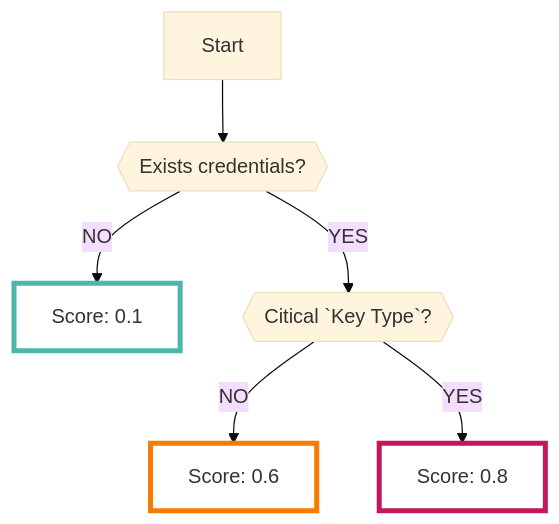
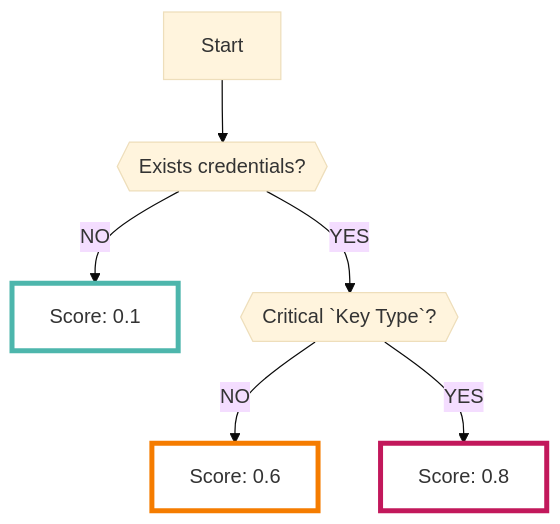
Before and after one commit to ca-risken/doc: the diagram in docs/code/gitleaks_concept.md, drawn with Mermaid (base theme). The commit also changed 1 other file, not shown here.

Commit message:
誤字と思われる内容を修正

````diff
--- a/docs/code/gitleaks_concept.md
+++ b/docs/code/gitleaks_concept.md
@@ -38,12 +38,12 @@
 ```mermaid
 graph TD
     A[Start] --> B{{Exists credentials?}};
     B -->|NO| C[Score: 0.1]:::low;
-    B -->|YES| D{{Citical `Key Type`?}};
+    B -->|YES| D{{Critical `Key Type`?}};
     D -->|NO| E[Score: 0.6]:::mid;
     D -->|YES| F[Score: 0.8]:::high;
     classDef high fill:#FFFFFF,stroke:#C2185B,stroke-width:4px;
     classDef mid fill:#FFFFFF,stroke:#F57C00,stroke-width:4px;
     classDef low fill:#FFFFFF,stroke:#4DB6AC,stroke-width:4px;
     classDef unknown fill:#FFFFFF,stroke:#BDBDBD,stroke-width:4px;
 ```
````
